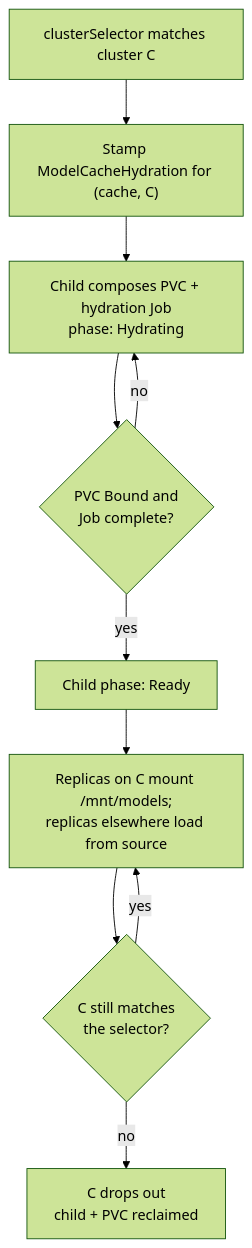
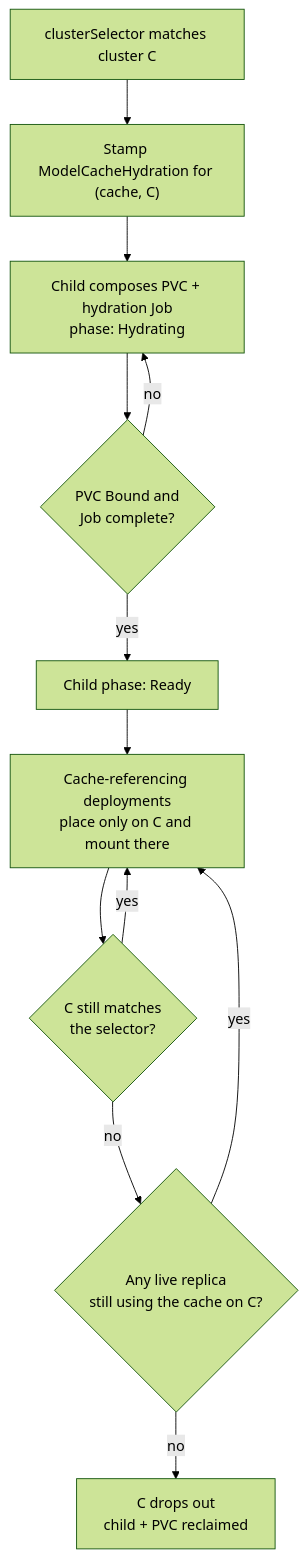
The second of 2 diagrams in design/modelcache-hydration.md (modelplaneai/modelplane), drawn with Mermaid (forest theme) before and after one commit. The commit also changed other lines of this file, not shown here.

First line of the commit message:
Constrain placement to the cache footprint; inject env, not engine flags

````diff
--- a/design/modelcache-hydration.md
+++ b/design/modelcache-hydration.md
@@ -201,12 +223,14 @@
 ```mermaid
 flowchart TD
     A["clusterSelector matches cluster C"] --> B["Stamp ModelCacheHydration for (cache, C)"]
     B --> C["Child composes PVC + hydration Job\nphase: Hydrating"]
     C --> D{"PVC Bound and\nJob complete?"}
     D -- no --> C
     D -- yes --> E["Child phase: Ready"]
-    E --> F["Replicas on C mount /mnt/models;\nreplicas elsewhere load from source"]
+    E --> F["Cache-referencing deployments\nplace only on C and mount there"]
     F --> G{"C still matches\nthe selector?"}
     G -- yes --> F
-    G -- no --> H["C drops out\nchild + PVC reclaimed"]
+    G -- no --> H{"Any live replica\nstill using the cache on C?"}
+    H -- yes --> F
+    H -- no --> I["C drops out\nchild + PVC reclaimed"]
 ```
````
